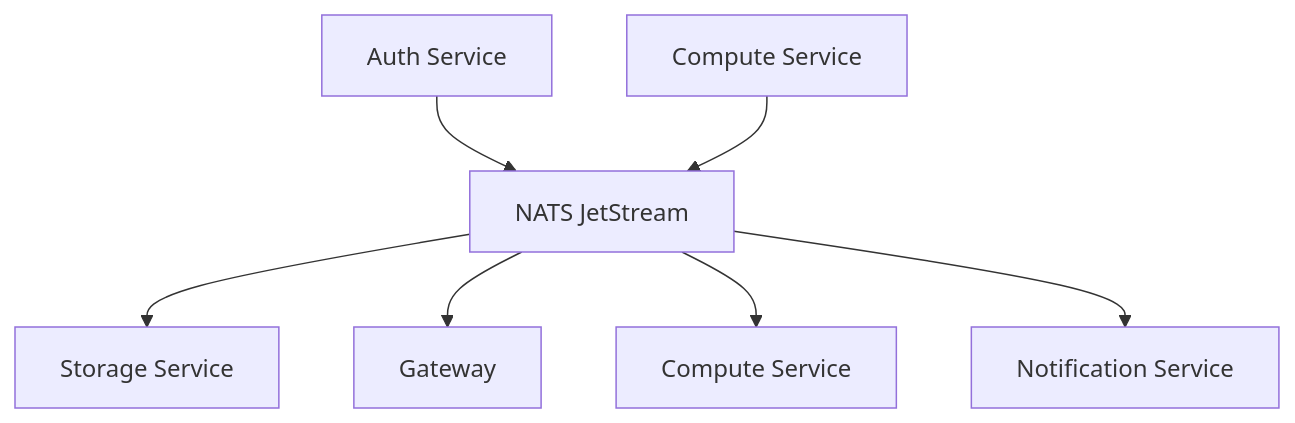
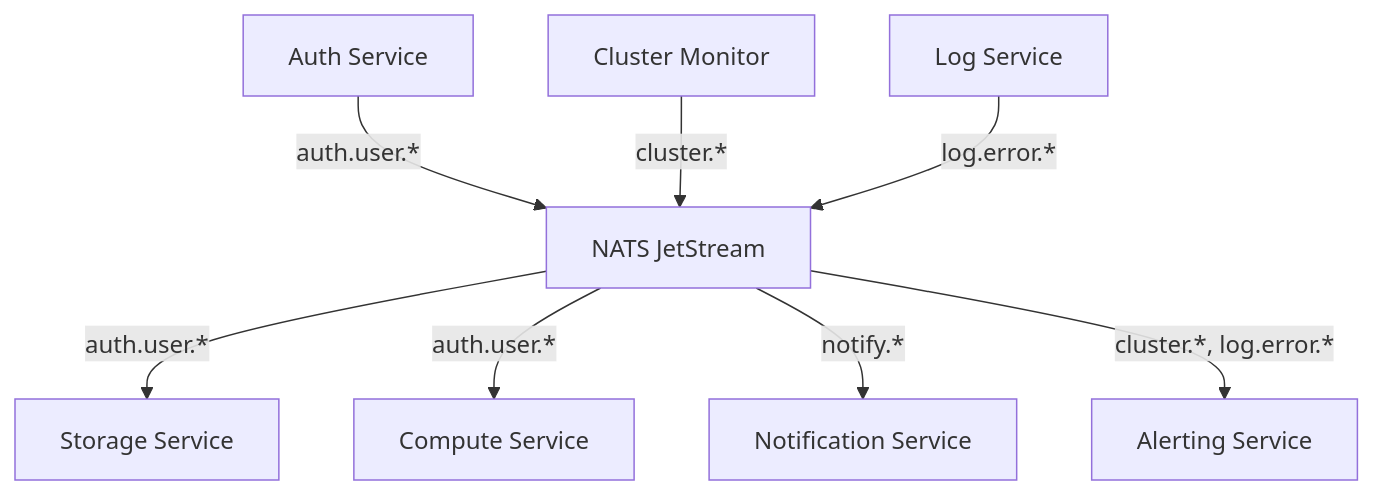
Before and after one commit to EddisonSo/cloud: the second of 2 diagrams in edd-cloud-docs/docs/architecture.md, drawn with Mermaid. The commit also changed other lines of this file and 8 other files, not shown here.

````diff
--- a/edd-cloud-docs/docs/architecture.md
+++ b/edd-cloud-docs/docs/architecture.md
@@ -213,10 +211,11 @@
 ```mermaid
 flowchart TB
-    Auth[Auth Service] --> NATS[NATS JetStream]
-    Compute[Compute Service] --> NATS
+    Auth[Auth Service] -->|auth.user.*| NATS[NATS JetStream]
+    ClusterMon[Cluster Monitor] -->|cluster.*| NATS
+    LogSvc[Log Service] -->|log.error.*| NATS
 
-    NATS --> SFS[Storage Service]
-    NATS --> Gateway[Gateway]
-    NATS --> Compute2[Compute Service]
-    NATS --> Notif[Notification Service]
+    NATS -->|auth.user.*| SFS[Storage Service]
+    NATS -->|auth.user.*| Compute[Compute Service]
+    NATS -->|notify.*| Notif[Notification Service]
+    NATS -->|cluster.*, log.error.*| Alerting[Alerting Service]
 ```
````
